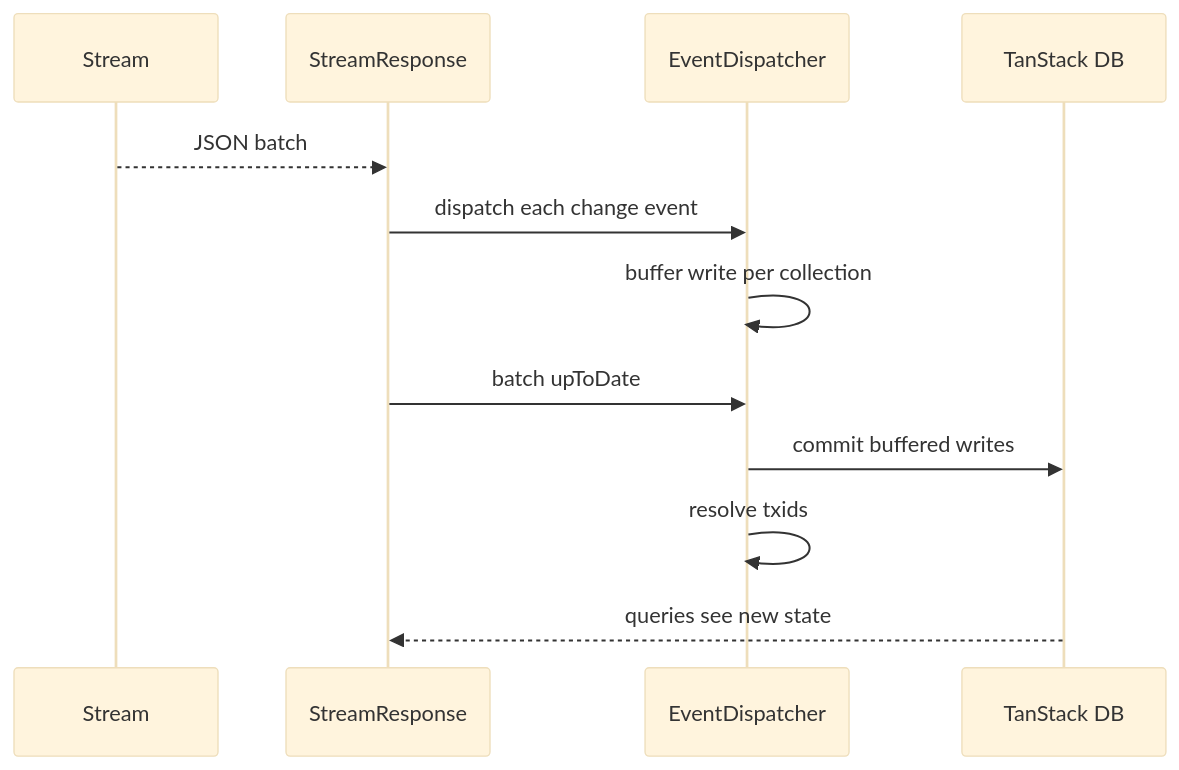
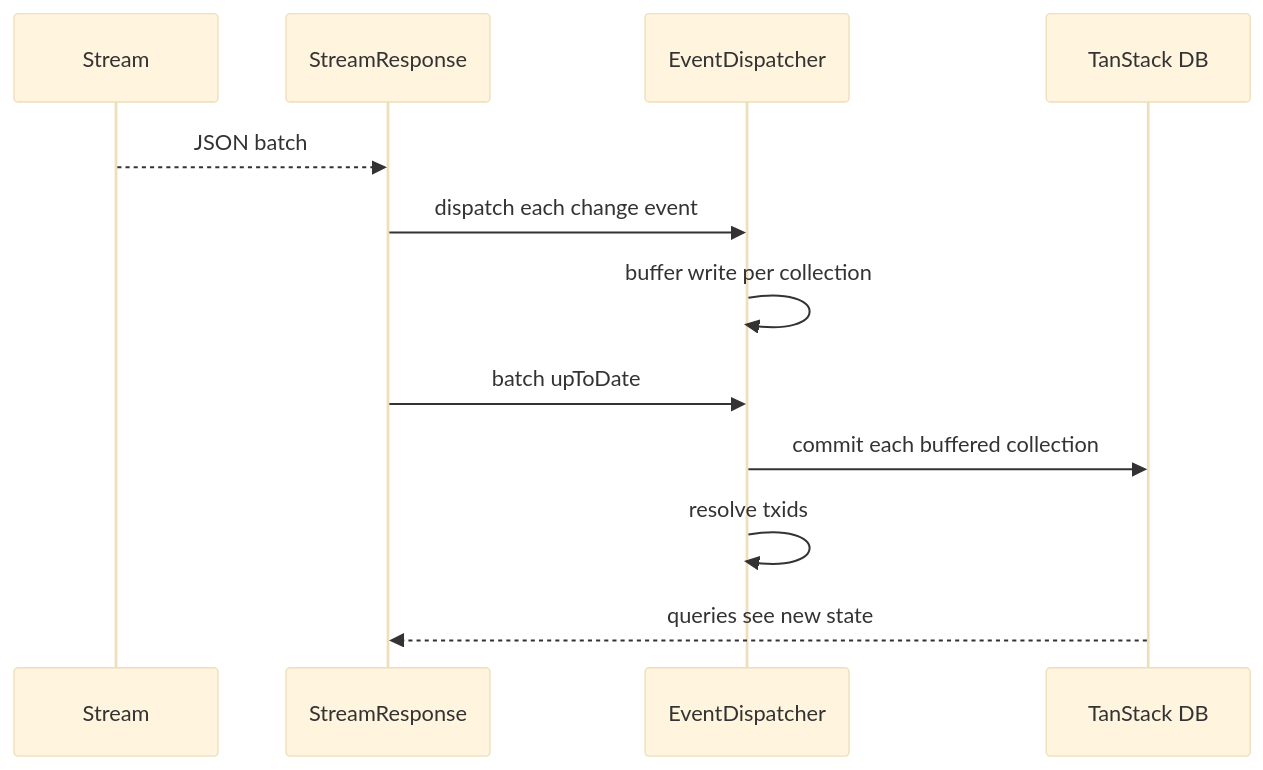
Before and after one commit to ewe-studios/explorations: the second of 2 diagrams in src.durable-streams/src.electric/markdown/durable-streams/07-state-protocol.md, drawn with Mermaid (base theme). The commit also changed other lines of this file and 108 other files, not shown here.

````diff
--- a/src.durable-streams/src.electric/markdown/durable-streams/07-state-protocol.md
+++ b/src.durable-streams/src.electric/markdown/durable-streams/07-state-protocol.md
@@ -299,14 +299,14 @@
 ```mermaid
 sequenceDiagram
     participant S as Stream
     participant R as StreamResponse
     participant D as EventDispatcher
     participant T as TanStack DB
     S-->>R: JSON batch
     R->>D: dispatch each change event
     D->>D: buffer write per collection
     R->>D: batch upToDate
-    D->>T: commit buffered writes
+    D->>T: commit each buffered collection
     D->>D: resolve txids
     T-->>R: queries see new state
 ```
````
